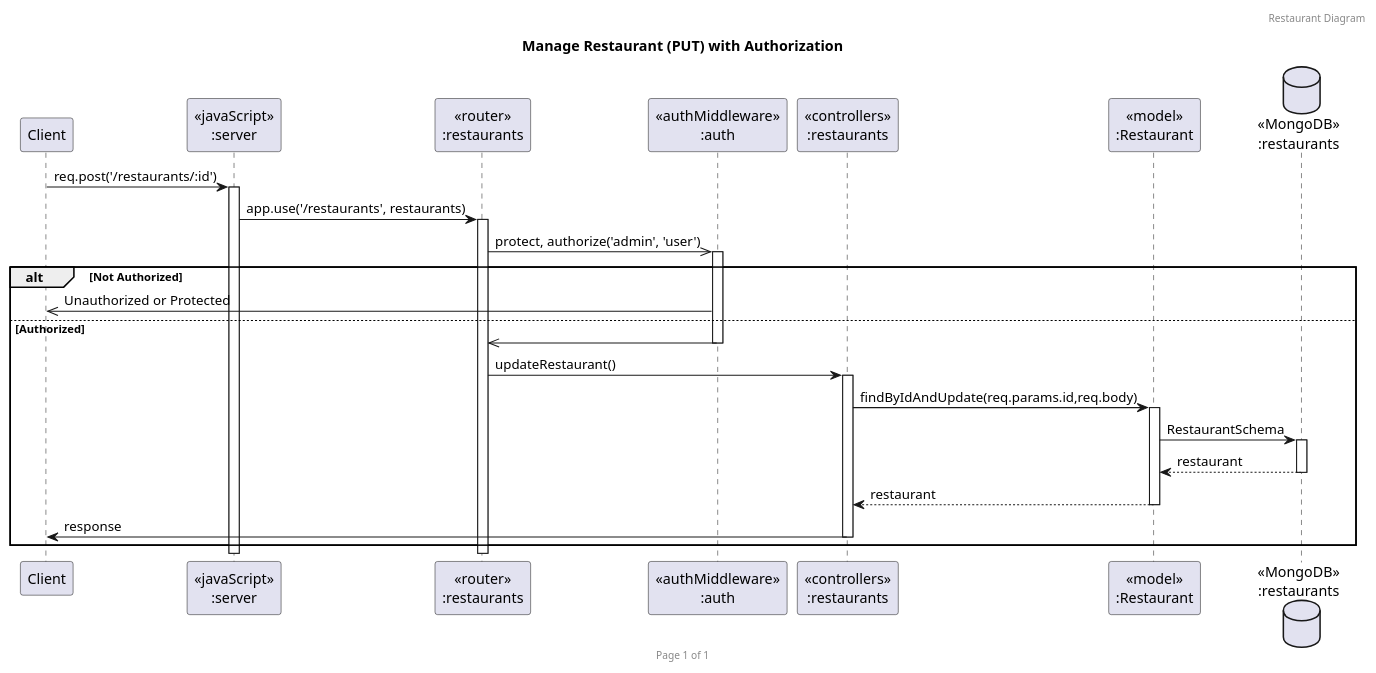
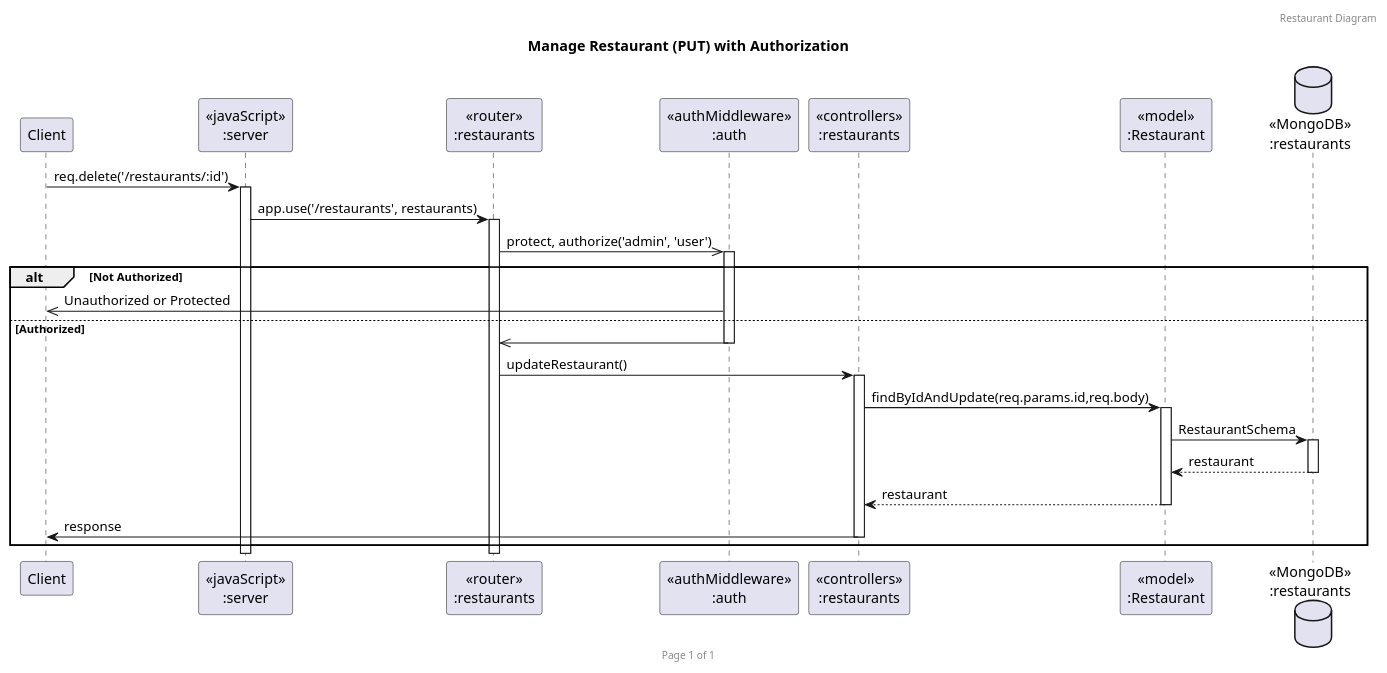
Before and after one commit to punchanabu/redrice-backend-express: the diagram in uml/restaurant(delete).puml, drawn with PlantUML. The commit also changed 4 other files, not shown here.

```diff
--- a/uml/restaurant(delete).puml
+++ b/uml/restaurant(delete).puml
@@ -1,32 +1,32 @@
 @startuml
 header Restaurant Diagram
 footer Page %page% of %lastpage%
 title "Manage Restaurant (PUT) with Authorization"
 
 participant "Client" as client
 participant "<<javaScript>>\n:server" as server
 participant "<<router>>\n:restaurants" as routerRestaurants
 participant "<<authMiddleware>>\n:auth" as authMiddleware
 participant "<<controllers>>\n:restaurants" as controllersRestaurants
 participant "<<model>>\n:Restaurant" as modelRestaurant
 database "<<MongoDB>>\n:restaurants" as RestaurantsDatabase
 
-client->server ++:req.post('/restaurants/:id')
+client->server ++:req.delete('/restaurants/:id')
 server->routerRestaurants ++:app.use('/restaurants', restaurants)
 routerRestaurants->>authMiddleware ++:protect, authorize('admin', 'user')
 
 alt Not Authorized
     authMiddleware->>client :Unauthorized or Protected
 else Authorized
     authMiddleware->>routerRestaurants -- :
     routerRestaurants->controllersRestaurants ++:updateRestaurant()
     controllersRestaurants->modelRestaurant ++:findByIdAndUpdate(req.params.id,req.body)
     modelRestaurant ->RestaurantsDatabase ++: RestaurantSchema
     RestaurantsDatabase --> modelRestaurant --: restaurant
     controllersRestaurants <-- modelRestaurant --: restaurant
     controllersRestaurants->client --:response
 end
 
 
 
 @enduml
```
